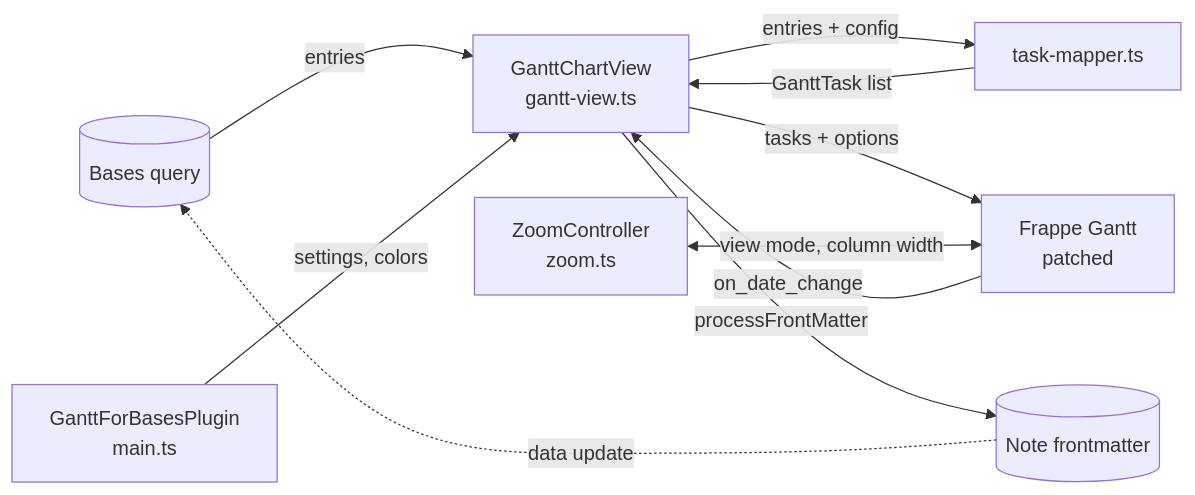
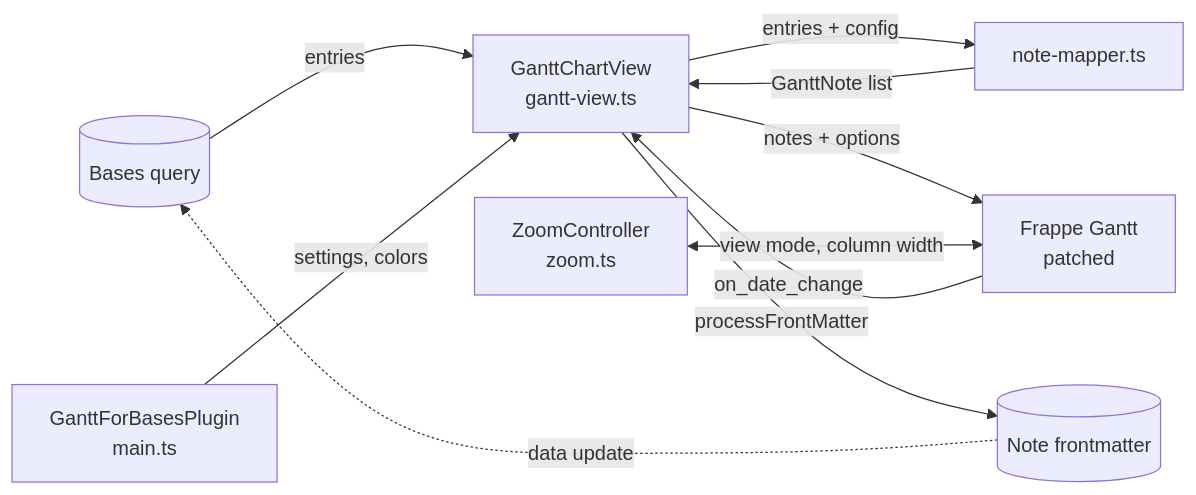
One commit to beathvn/obsidian-bases-gantt changed the diagram in docs/README.md. Above: the diagram before and after it, drawn with Mermaid. The commit also changed other lines of this file and 29 other files, not shown here.

Commit message:
renaming "task" to "note" as that is more accurate and we don't want name ambiguity with std. tasks in markdown

````diff
--- a/docs/README.md
+++ b/docs/README.md
@@ -23,12 +23,12 @@
 ```mermaid
 flowchart LR
     Bases[(Bases query)] -->|entries| View[GanttChartView<br/>gantt-view.ts]
-    View -->|entries + config| Mapper[task-mapper.ts]
-    Mapper -->|GanttTask list| View
-    View -->|tasks + options| Frappe[Frappe Gantt<br/>patched]
+    View -->|entries + config| Mapper[note-mapper.ts]
+    Mapper -->|GanttNote list| View
+    View -->|notes + options| Frappe[Frappe Gantt<br/>patched]
     Zoom[ZoomController<br/>zoom.ts] <-->|view mode, column width| Frappe
     Frappe -->|on_date_change| View
     View -->|processFrontMatter| Notes[(Note frontmatter)]
     Notes -.->|data update| Bases
     Plugin[GanttForBasesPlugin<br/>main.ts] -->|settings, colors| View
 ```
````
